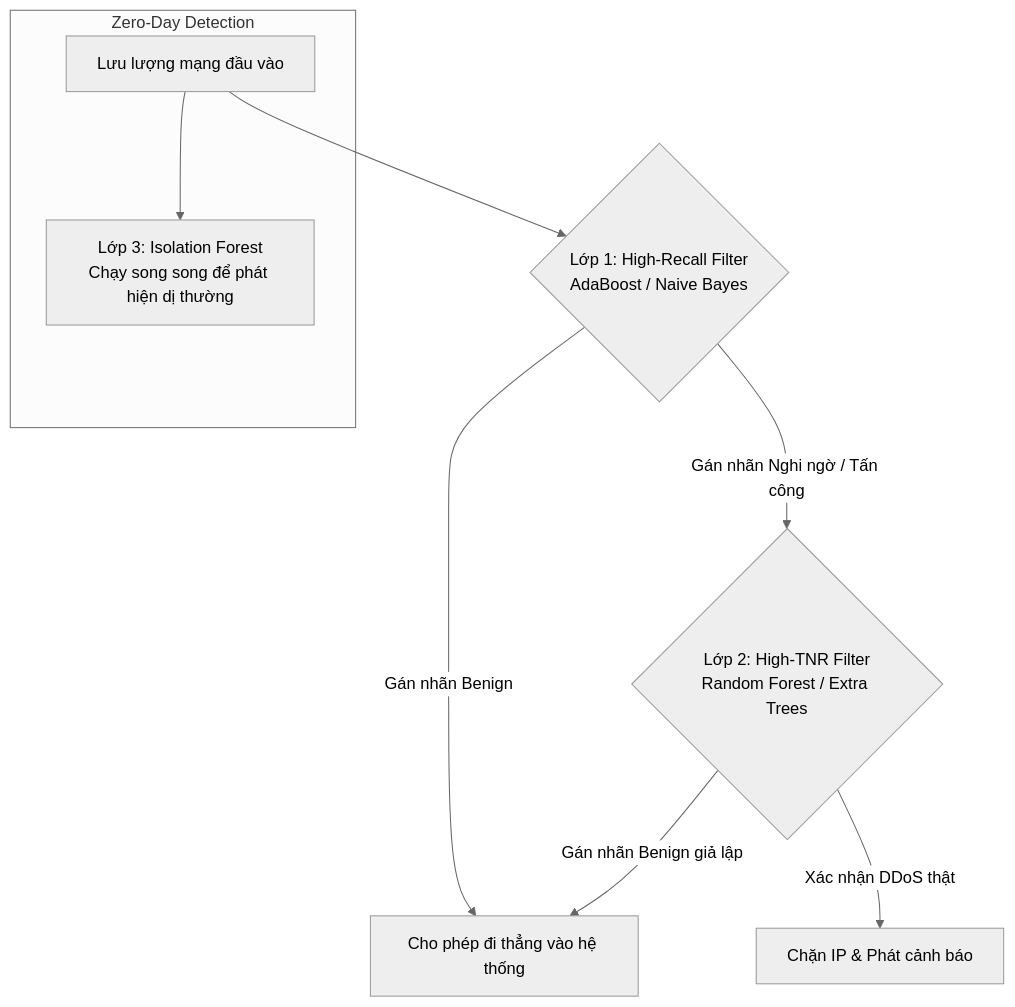
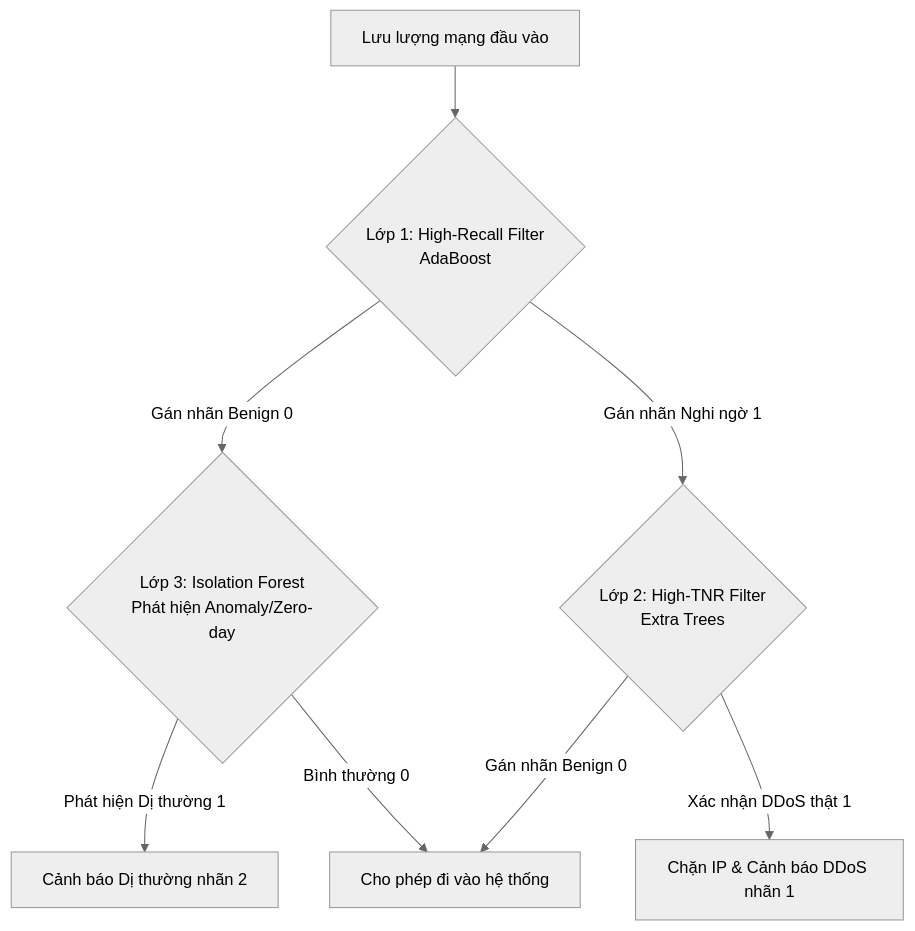
Before and after one commit to hikarirainbow/Nhom-10---ATTT: the diagram in README.md, drawn with Mermaid (neutral theme). The commit also changed other lines of this file, not shown here.

````diff
--- a/README.md
+++ b/README.md
@@ -91,12 +91,11 @@
 ```mermaid
 graph TD
-    Traffic[Lưu lượng mạng đầu vào] --> L1{Lớp 1: High-Recall Filter<br>AdaBoost / Naive Bayes}
-    L1 -- Gán nhãn Benign --> System[Cho phép đi thẳng vào hệ thống]
-    L1 -- Gán nhãn Nghi ngờ / Tấn công --> L2{Lớp 2: High-TNR Filter<br>Random Forest / Extra Trees}
-    L2 -- Gán nhãn Benign giả lập --> System
-    L2 -- Xác nhận DDoS thật --> Block[Chặn IP & Phát cảnh báo]
+    Traffic[Lưu lượng mạng đầu vào] --> L1{Lớp 1: High-Recall Filter<br>AdaBoost}
+    L1 -- Gán nhãn Benign 0 --> L3{Lớp 3: Isolation Forest<br>Phát hiện Anomaly/Zero-day}
+    L3 -- Phát hiện Dị thường 1 --> Alert2[Cảnh báo Dị thường nhãn 2]
+    L3 -- Bình thường 0 --> System[Cho phép đi vào hệ thống]
     
-    subgraph Zero-Day Detection
-        Traffic --> L3[Lớp 3: Isolation Forest<br>Chạy song song để phát hiện dị thường]
-    end
+    L1 -- Gán nhãn Nghi ngờ 1 --> L2{Lớp 2: High-TNR Filter<br>Extra Trees}
+    L2 -- Gán nhãn Benign 0 --> System
+    L2 -- Xác nhận DDoS thật 1 --> Block[Chặn IP & Cảnh báo DDoS nhãn 1]
 ```
````
